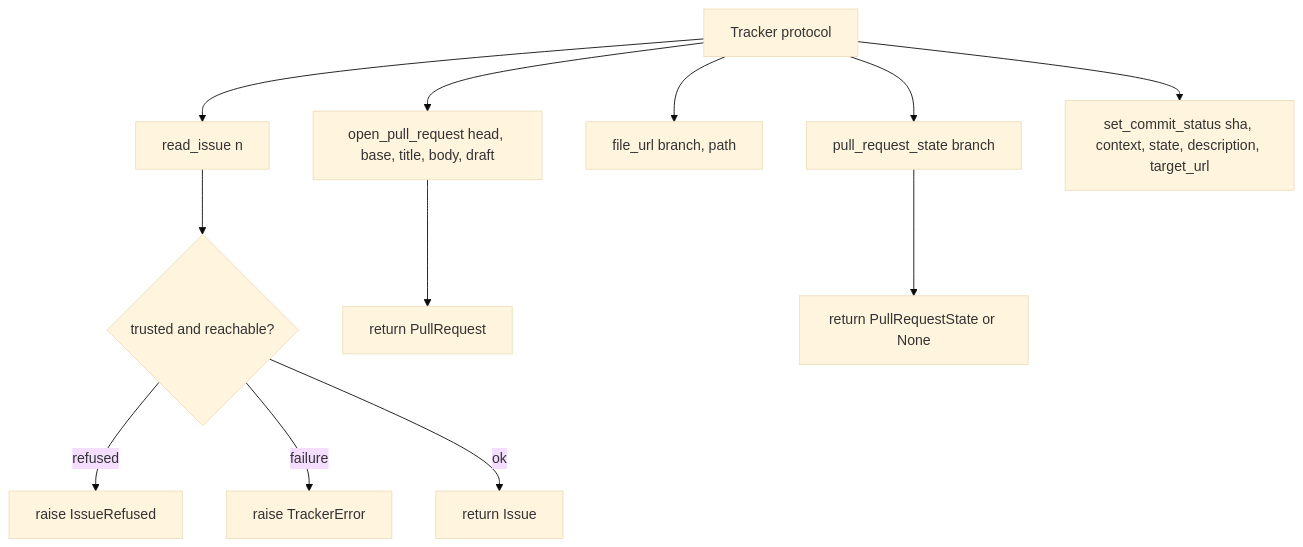
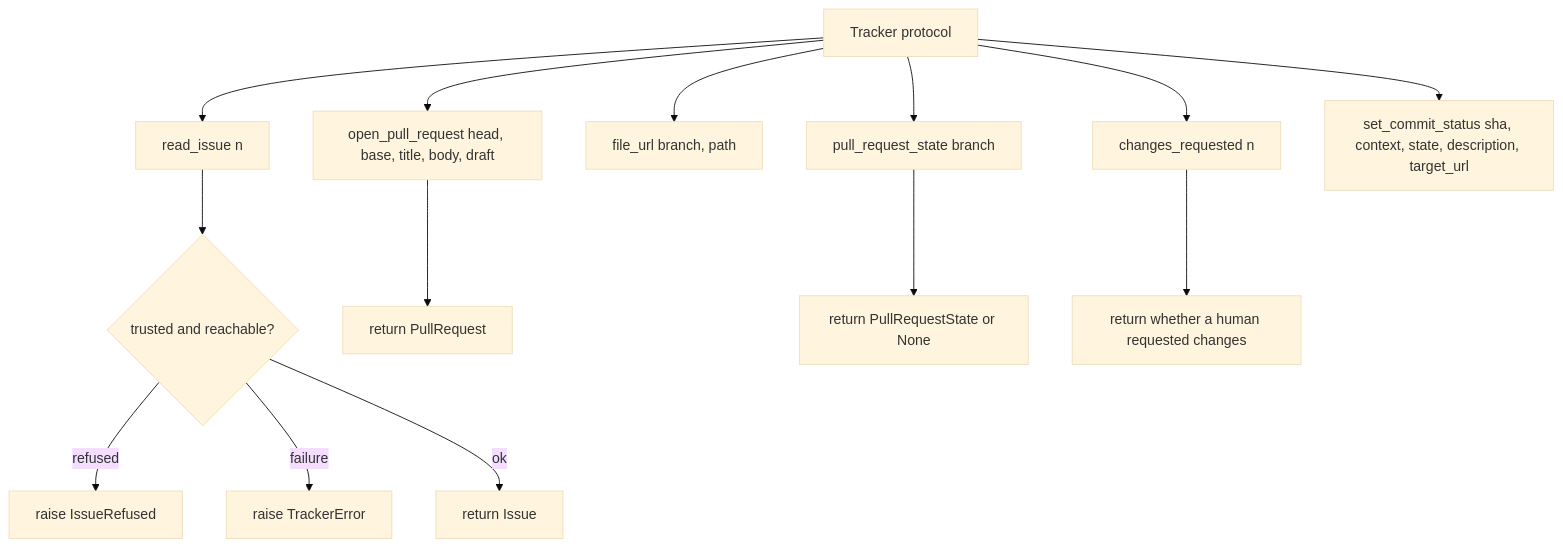
The first of 3 diagrams in docs/architecture/modules/tracker.md (plaplanche/ariane), drawn with Mermaid (base theme) before and after one commit. The commit also changed other lines of this file and 34 other files, not shown here.

````diff
--- a/docs/architecture/modules/tracker.md
+++ b/docs/architecture/modules/tracker.md
@@ -26,14 +27,16 @@
 ```mermaid
 flowchart TD
   A[Tracker protocol] --> B[read_issue n]
   A --> C[open_pull_request head, base, title, body, draft]
   A --> D[file_url branch, path]
   A --> E[pull_request_state branch]
+  A --> K[changes_requested n]
   A --> F[set_commit_status sha, context, state, description, target_url]
   B --> G{trusted and reachable?}
   G -- refused --> X[raise IssueRefused]
   G -- failure --> Y[raise TrackerError]
   G -- ok --> H[return Issue]
   C --> I[return PullRequest]
   E --> J[return PullRequestState or None]
+  K --> L[return whether a human requested changes]
 ```
````
